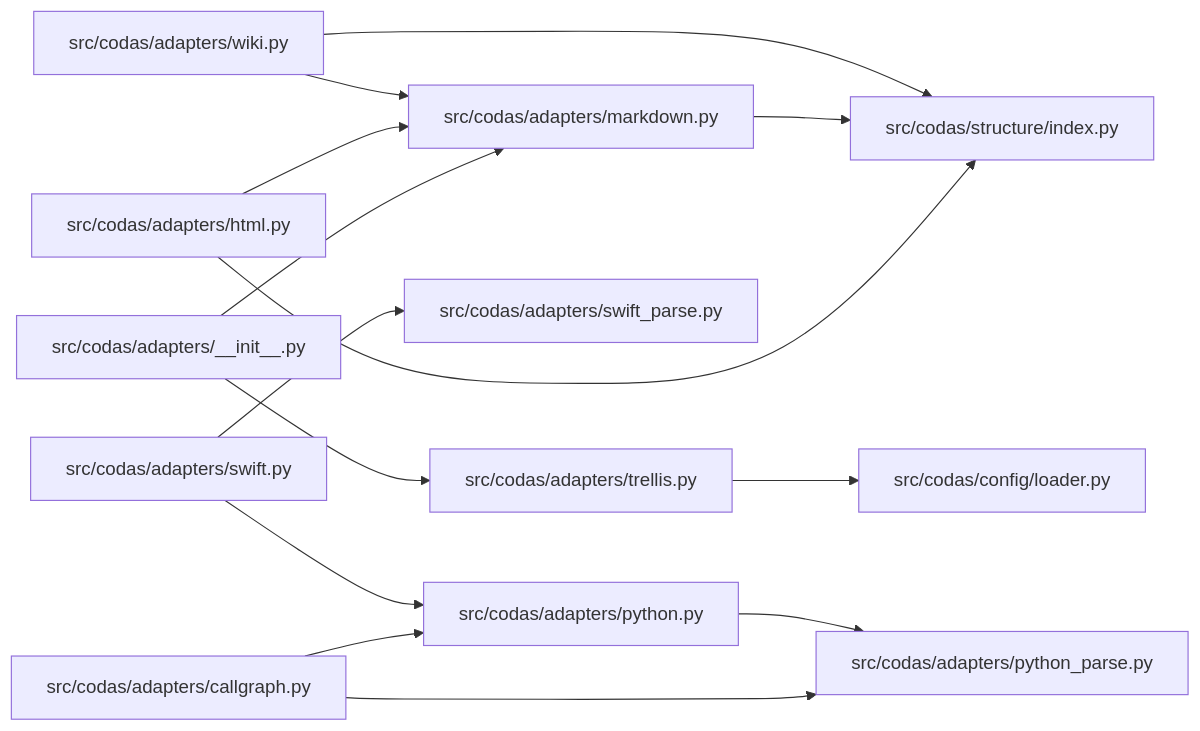
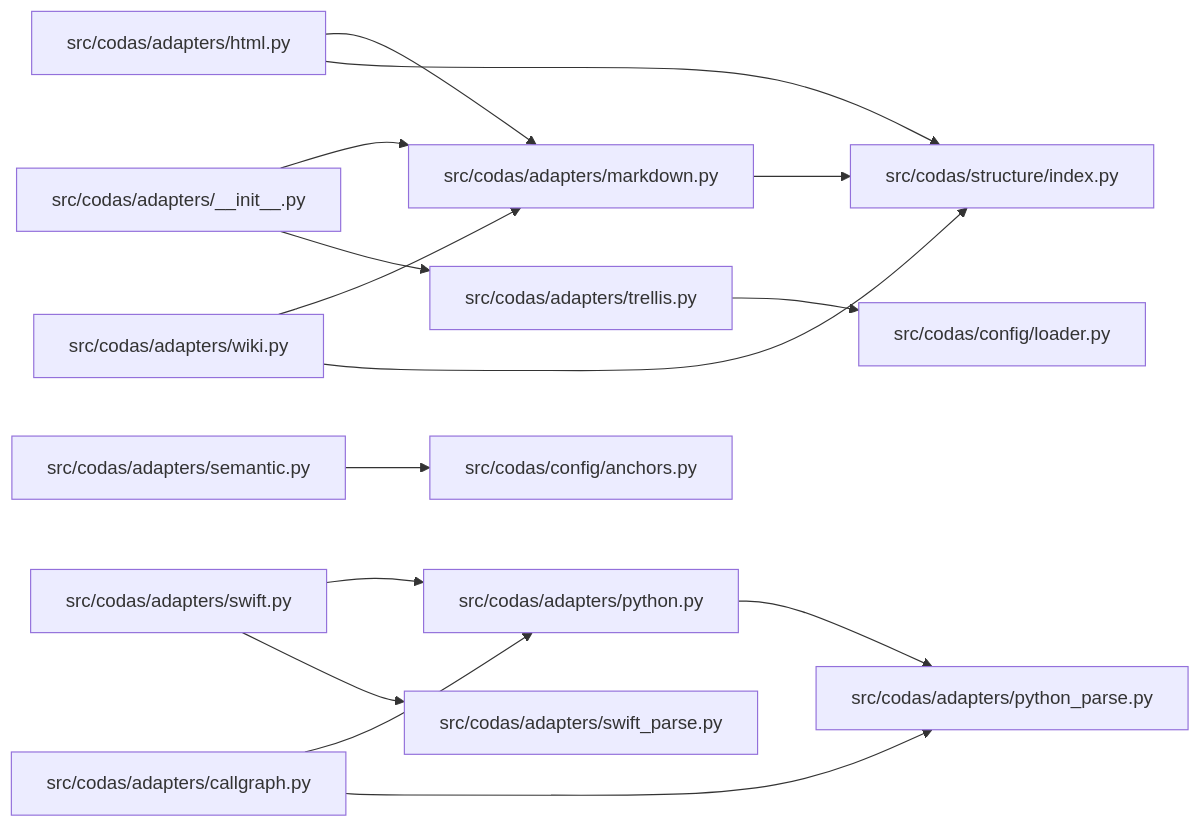
The diagram in wiki/codas-adapters.md (oydodo/codas), drawn with Mermaid before and after one commit. The commit also changed other lines of this file and 28 other files, not shown here.

````diff
--- a/wiki/codas-adapters.md
+++ b/wiki/codas-adapters.md
@@ -141,28 +148,31 @@
 ```mermaid
 graph LR
   n0["src/codas/adapters/__init__.py"]
   n1["src/codas/adapters/callgraph.py"]
   n2["src/codas/adapters/html.py"]
   n3["src/codas/adapters/markdown.py"]
   n4["src/codas/adapters/python.py"]
   n5["src/codas/adapters/python_parse.py"]
-  n6["src/codas/adapters/swift.py"]
-  n7["src/codas/adapters/swift_parse.py"]
-  n8["src/codas/adapters/trellis.py"]
-  n9["src/codas/adapters/wiki.py"]
-  n10["src/codas/config/loader.py"]
-  n11["src/codas/structure/index.py"]
+  n6["src/codas/adapters/semantic.py"]
+  n7["src/codas/adapters/swift.py"]
+  n8["src/codas/adapters/swift_parse.py"]
+  n9["src/codas/adapters/trellis.py"]
+  n10["src/codas/adapters/wiki.py"]
+  n11["src/codas/config/anchors.py"]
+  n12["src/codas/config/loader.py"]
+  n13["src/codas/structure/index.py"]
   n0 --> n3
-  n0 --> n8
+  n0 --> n9
   n1 --> n4
   n1 --> n5
   n2 --> n3
-  n2 --> n11
-  n3 --> n11
+  n2 --> n13
+  n3 --> n13
   n4 --> n5
-  n6 --> n4
-  n6 --> n7
-  n8 --> n10
-  n9 --> n3
-  n9 --> n11
+  n6 --> n11
+  n7 --> n4
+  n7 --> n8
+  n9 --> n12
+  n10 --> n3
+  n10 --> n13
 ```
````
